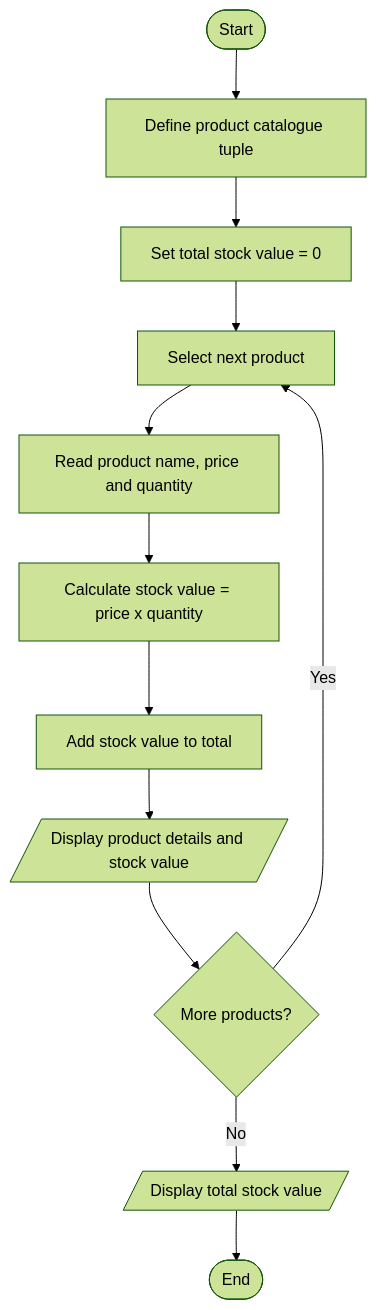
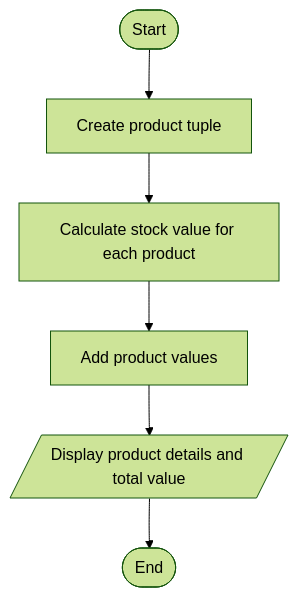
Before and after one commit to AmulyaShaineyCh/ABL-PYTHON: the diagram in 06_Product_Catalogue_Audit/flowchart.md, drawn with Mermaid (forest theme). The commit also changed other lines of this file, not shown here.

Commit message:
Simplify diagrammatic flowchart for project 6

````diff
--- a/06_Product_Catalogue_Audit/flowchart.md
+++ b/06_Product_Catalogue_Audit/flowchart.md
@@ -3,14 +3,8 @@
 ```mermaid
 flowchart TD
-    A([Start]) --> B[Define product catalogue tuple]
-    B --> C[Set total stock value = 0]
-    C --> D[Select next product]
-    D --> E[Read product name, price and quantity]
-    E --> F[Calculate stock value = price x quantity]
-    F --> G[Add stock value to total]
-    G --> H[/Display product details and stock value/]
-    H --> I{More products?}
-    I -- Yes --> D
-    I -- No --> J[/Display total stock value/]
-    J --> Z([End])
+ A([Start]) --> B[Create product tuple]
+ B --> C[Calculate stock value for each product]
+ C --> D[Add product values]
+ D --> E[/Display product details and total value/]
+ E --> F([End])
 ```
````
